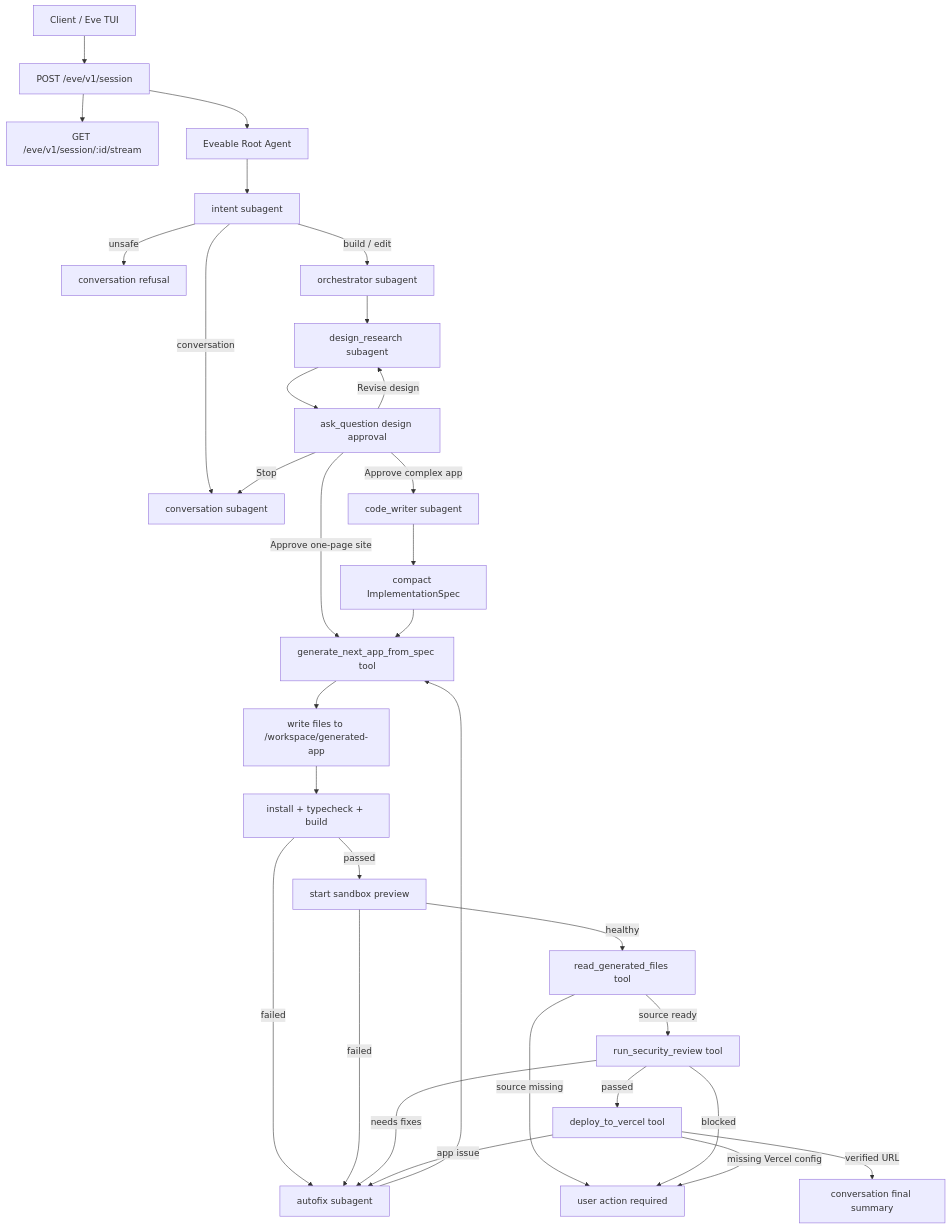
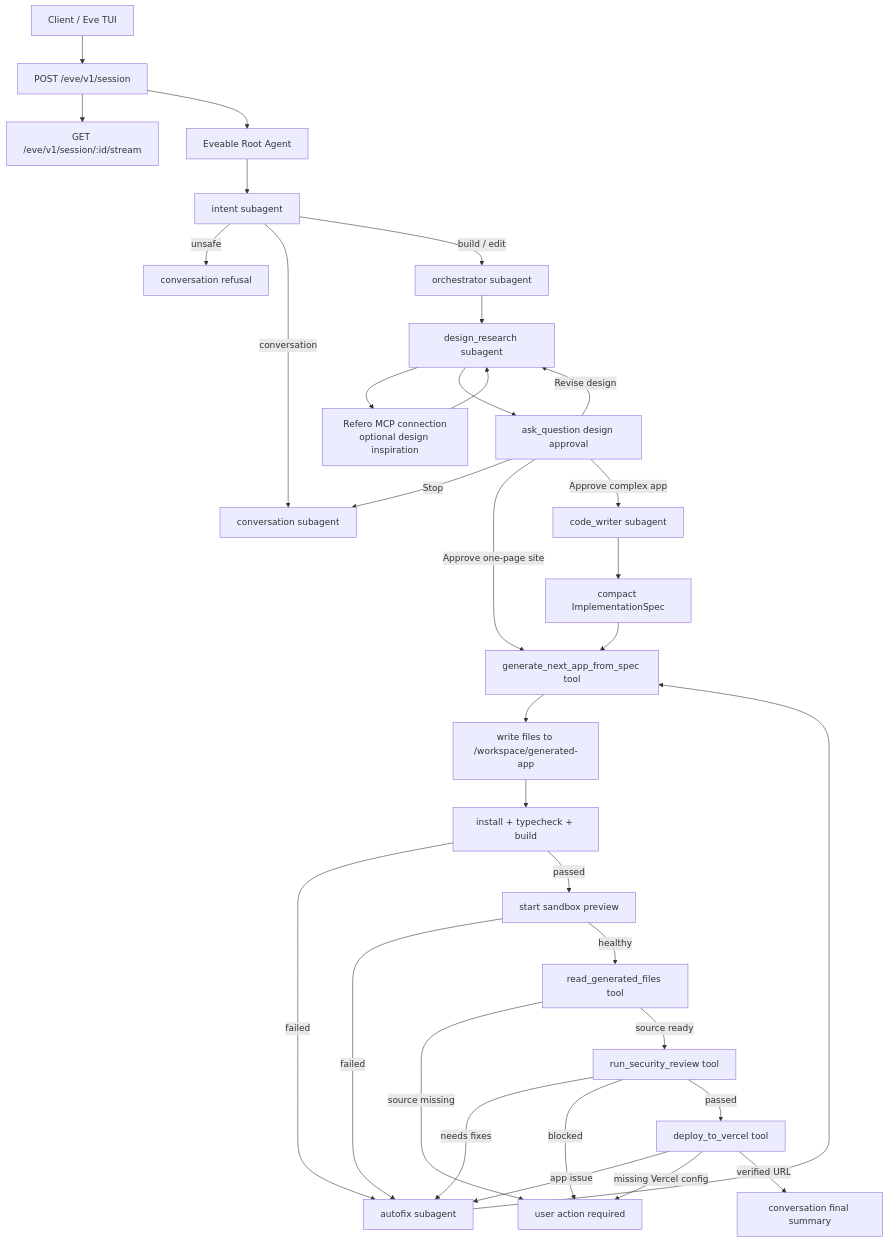
One commit to grtsnx/eveable changed the diagram in README.md. Above: the diagram before and after it, drawn with Mermaid. The commit also changed other lines of this file and 6 other files, not shown here.

Commit message:
feat: add refero design inspiration connection

````diff
--- a/README.md
+++ b/README.md
@@ -25,48 +26,50 @@
 ```mermaid
 flowchart TD
   User["Client / Eve TUI"]
   Session["POST /eve/v1/session"]
   Stream["GET /eve/v1/session/:id/stream"]
   Root["Eveable Root Agent"]
 
   User --> Session
   Session --> Stream
   Session --> Root
 
   Root --> Intent["intent subagent"]
 
   Intent -->|"unsafe"| Refusal["conversation refusal"]
   Intent -->|"conversation"| Conversation["conversation subagent"]
   Intent -->|"build / edit"| Orchestrator["orchestrator subagent"]
 
   Orchestrator --> Design["design_research subagent"]
+  Design --> Refero["Refero MCP connection\noptional design inspiration"]
+  Refero --> Design
   Design --> Approval["ask_question design approval"]
 
   Approval -->|"Revise design"| Design
   Approval -->|"Stop"| Conversation
   Approval -->|"Approve one-page site"| Generator["generate_next_app_from_spec tool"]
   Approval -->|"Approve complex app"| CodeWriter["code_writer subagent"]
 
   CodeWriter --> Spec["compact ImplementationSpec"]
   Spec --> Generator
 
   Generator --> Write["write files to /workspace/generated-app"]
   Write --> Validate["install + typecheck + build"]
   Validate -->|"failed"| Autofix["autofix subagent"]
   Validate -->|"passed"| Preview["start sandbox preview"]
   Preview -->|"failed"| Autofix
   Preview -->|"healthy"| ReadSource["read_generated_files tool"]
 
   Autofix --> Generator
 
   ReadSource -->|"source missing"| UserAction["user action required"]
   ReadSource -->|"source ready"| Security["run_security_review tool"]
 
   Security -->|"needs fixes"| Autofix
   Security -->|"blocked"| UserAction
   Security -->|"passed"| Deploy["deploy_to_vercel tool"]
 
   Deploy -->|"app issue"| Autofix
   Deploy -->|"missing Vercel config"| UserAction
   Deploy -->|"verified URL"| Final["conversation final summary"]
 ```
````
